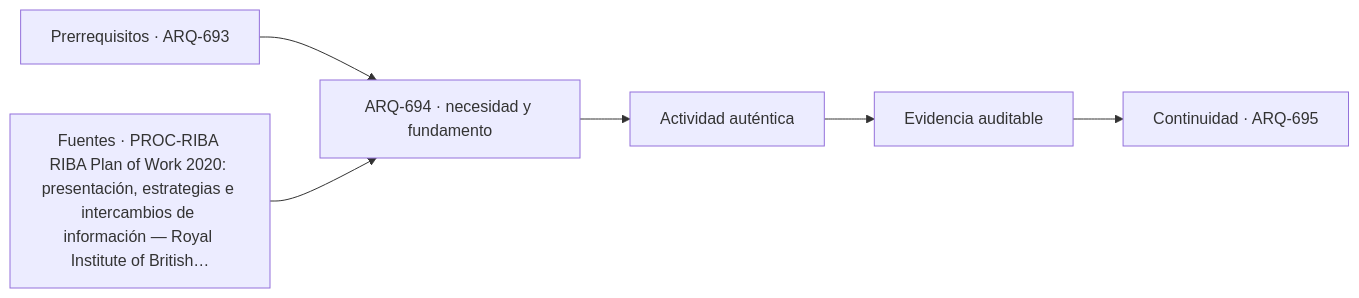
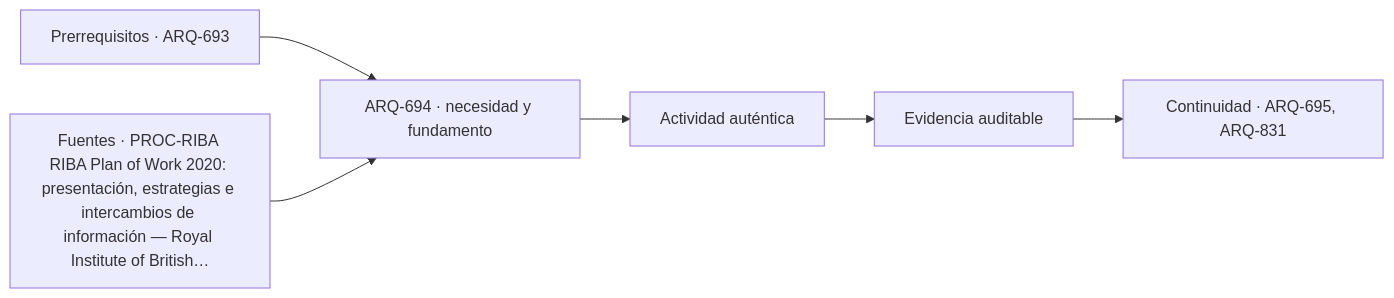
One commit to vladimiracunadev-create/architecture-built-environment-learning-program changed the second of 2 diagrams in classes/parte-70/ARQ-694.md. Above: the diagram before and after it, drawn with Mermaid. The commit also changed other lines of this file and 182 other files, not shown here.

````diff
--- a/classes/parte-70/ARQ-694.md
+++ b/classes/parte-70/ARQ-694.md
@@ -161,8 +161,8 @@
 ```mermaid
 flowchart LR
     A["Prerrequisitos · ARQ-693"] --> B["ARQ-694 · necesidad y fundamento"]
     S["Fuentes · PROC-RIBA RIBA Plan of Work 2020: presentación, estrategias e intercambios de información — Royal Institute of British…"] --> B
     B --> C["Actividad auténtica"]
     C --> D["Evidencia auditable"]
-    D --> E["Continuidad · ARQ-695"]
+    D --> E["Continuidad · ARQ-695, ARQ-831"]
 ```
````
